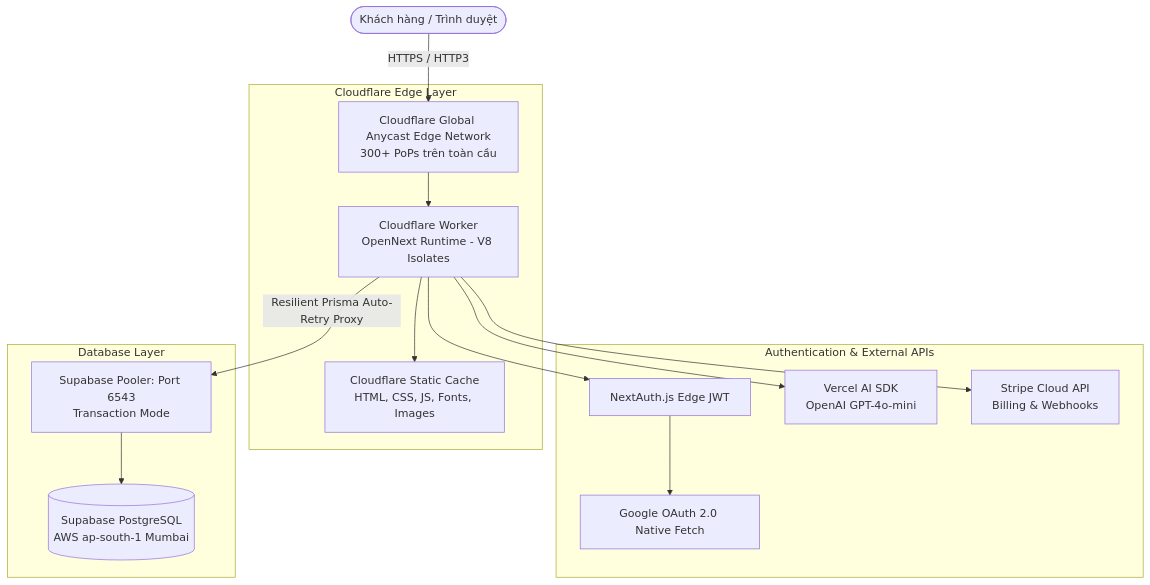
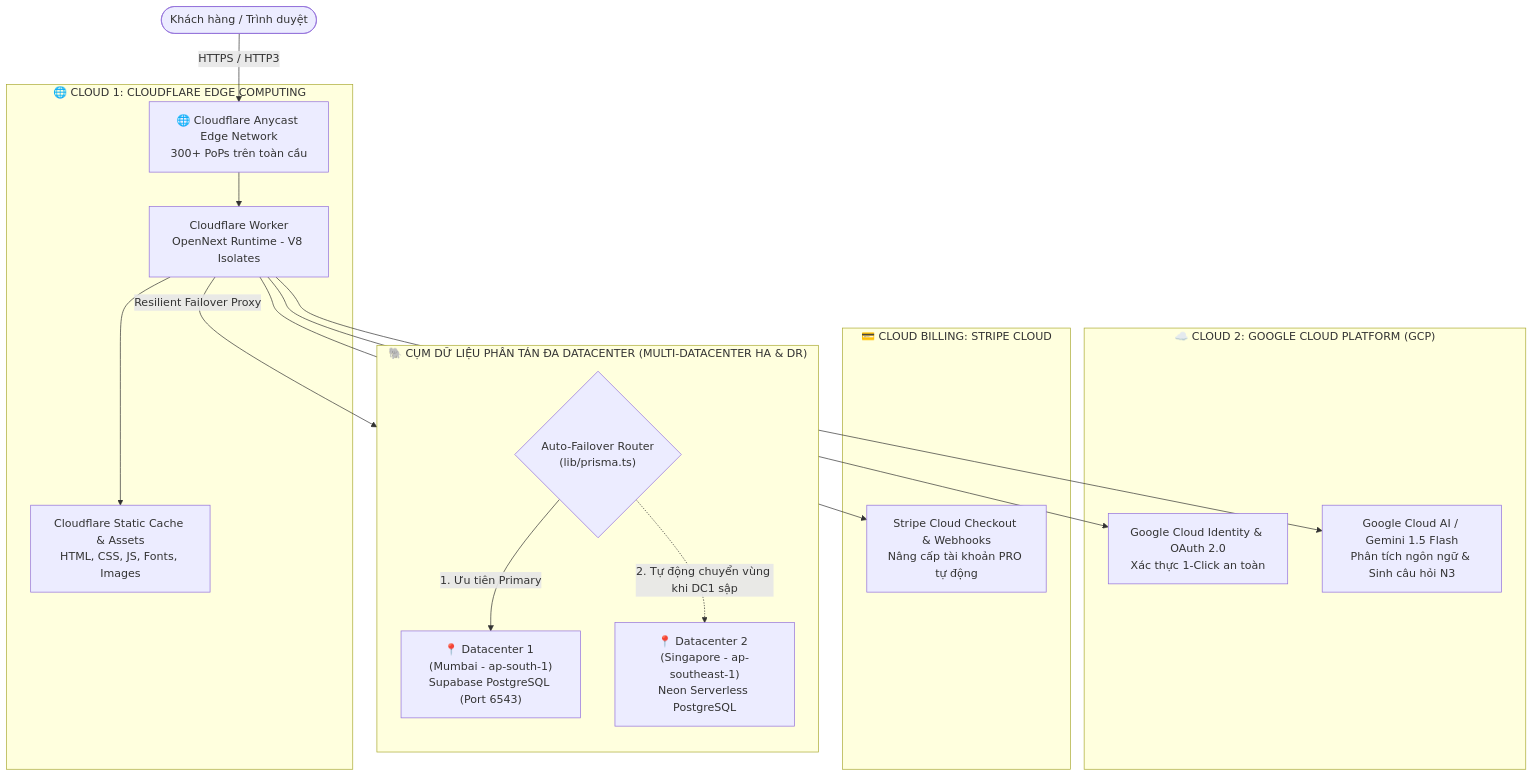
Before and after one commit to AnBinh05/n3-master-ai: the diagram in README.md, drawn with Mermaid. The commit also changed other lines of this file and 8 other files, not shown here.

Commit message:
feat: implement multi-datacenter architecture with automated failover and monitoring

````diff
--- a/README.md
+++ b/README.md
@@ -98,21 +43,25 @@
 ```mermaid
 graph TD
-    User([Khách hàng / Trình duyệt]) -->|HTTPS / HTTP3| CF[Cloudflare Global Anycast Edge Network\n300+ PoPs trên toàn cầu]
+    User([Khách hàng / Trình duyệt]) -->|HTTPS / HTTP3| CF[🌐 Cloudflare Anycast Edge Network\n300+ PoPs trên toàn cầu]
     
-    subgraph Cloudflare Edge Layer
+    subgraph CLOUD_1["🌐 CLOUD 1: CLOUDFLARE EDGE COMPUTING"]
         CF --> Worker[Cloudflare Worker\nOpenNext Runtime - V8 Isolates]
-        Worker --> Cache[Cloudflare Static Cache\nHTML, CSS, JS, Fonts, Images]
+        Worker --> Cache[Cloudflare Static Cache & Assets\nHTML, CSS, JS, Fonts, Images]
     end
 
-    subgraph Authentication & External APIs
-        Worker --> NextAuth[NextAuth.js Edge JWT]
-        NextAuth --> GoogleOAuth[Google OAuth 2.0 Native Fetch]
-        Worker --> OpenAISDK[Vercel AI SDK\nOpenAI GPT-4o-mini]
-        Worker --> StripeAPI[Stripe Cloud API\nBilling & Webhooks]
+    subgraph CLOUD_2["☁️ CLOUD 2: GOOGLE CLOUD PLATFORM (GCP)"]
+        Worker --> GoogleOAuth[Google Cloud Identity & OAuth 2.0\nXác thực 1-Click an toàn]
+        Worker --> GoogleAI[Google Cloud AI / Gemini 1.5 Flash\nPhân tích ngôn ngữ & Sinh câu hỏi N3]
     end
 
-    subgraph Database Layer
-        Worker -->|Resilient Prisma Auto-Retry Proxy| Supavisor[Supabase Pooler: Port 6543\nTransaction Mode]
-        Supavisor --> Postgres[(Supabase PostgreSQL\nAWS ap-south-1 Mumbai)]
+    subgraph CLOUD_DATA["🐘 CỤM DỮ LIỆU PHÂN TÁN ĐA DATACENTER (MULTI-DATACENTER HA & DR)"]
+        direction TB
+        Worker -->|Resilient Failover Proxy| Router{"Auto-Failover Router\n(lib/prisma.ts)"}
+        Router -->|1. Ưu tiên Primary| DC1["📍 Datacenter 1 (Mumbai - ap-south-1)\nSupabase PostgreSQL (Port 6543)"]
+        Router -.->|2. Tự động chuyển vùng khi DC1 sập| DC2["📍 Datacenter 2 (Singapore - ap-southeast-1)\nNeon Serverless PostgreSQL"]
+    end
+
+    subgraph CLOUD_PAYMENT["💳 CLOUD BILLING: STRIPE CLOUD"]
+        Worker --> StripeAPI[Stripe Cloud Checkout & Webhooks\nNâng cấp tài khoản PRO tự động]
     end
 ```
````
